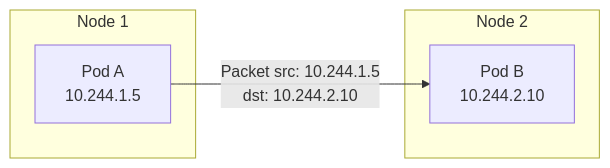
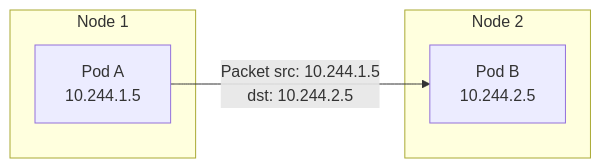
The sixth of 8 diagrams in _posts/2025-08-13-kubernetes-networking-series-part-1.md (SRodi/srodi.github.io), drawn with Mermaid before and after one commit. The commit also changed other lines of this file and 1 other file, not shown here.

````diff
--- a/_posts/2025-08-13-kubernetes-networking-series-part-1.md
+++ b/_posts/2025-08-13-kubernetes-networking-series-part-1.md
@@ -290,10 +290,10 @@
 ```mermaid
 graph LR
     subgraph Node1 [Node 1]
         PodA[Pod A<br>10.244.1.5]
     end
     subgraph Node2 [Node 2]
-        PodB[Pod B<br>10.244.2.10]
+        PodB[Pod B<br>10.244.2.5]
     end
-    PodA -- "Packet src: 10.244.1.5<br>dst: 10.244.2.10" --> PodB
+    PodA -- "Packet src: 10.244.1.5<br>dst: 10.244.2.5" --> PodB
 ```
````
